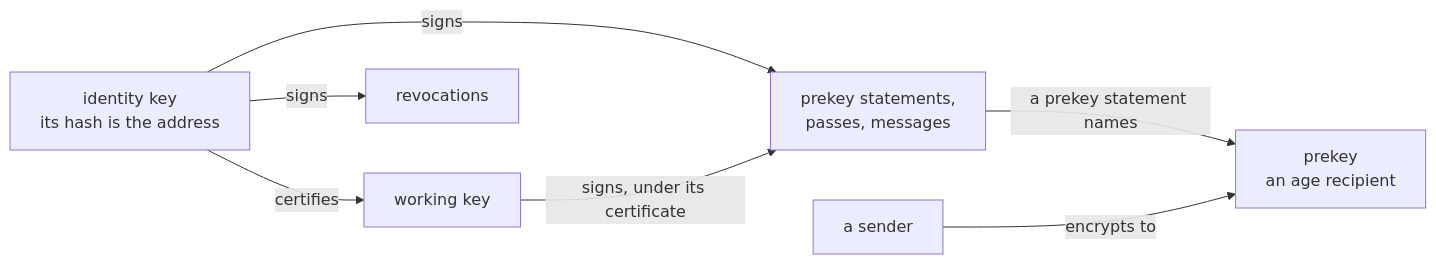
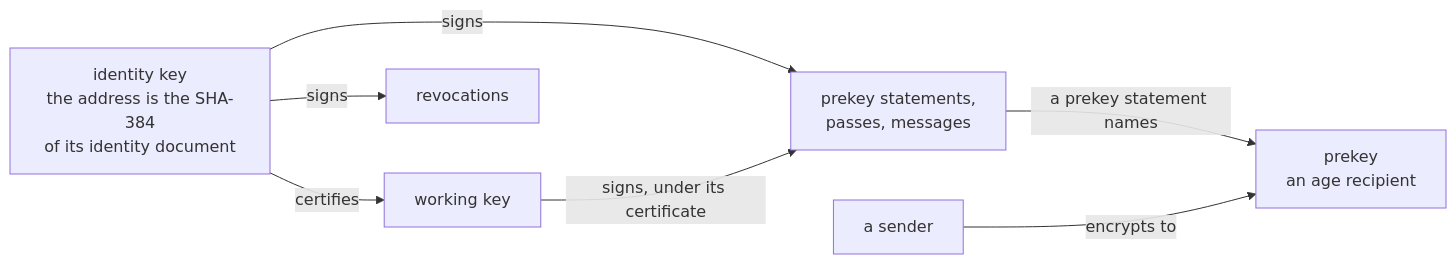
The first of 2 diagrams in PROTOCOL.md (dromas-dev/dromas-client), drawn with Mermaid before and after one commit. The commit also changed other lines of this file and 1 other file, not shown here.

````diff
--- a/PROTOCOL.md
+++ b/PROTOCOL.md
@@ -16,15 +16,15 @@
 ```mermaid
 flowchart LR
-    ID["identity key<br/>its hash is the address"]
+    ID["identity key<br/>the address is the SHA-384<br/>of its identity document"]
     WK["working key"]
     SPM["prekey statements,<br/>passes, messages"]
     REV["revocations"]
     PK["prekey<br/>an age recipient"]
     SND["a sender"]
     ID -->|certifies| WK
     ID -->|signs| SPM
     WK -->|signs, under its certificate| SPM
     ID -->|signs| REV
     SPM -->|a prekey statement names| PK
     SND -->|encrypts to| PK
 ```
````
